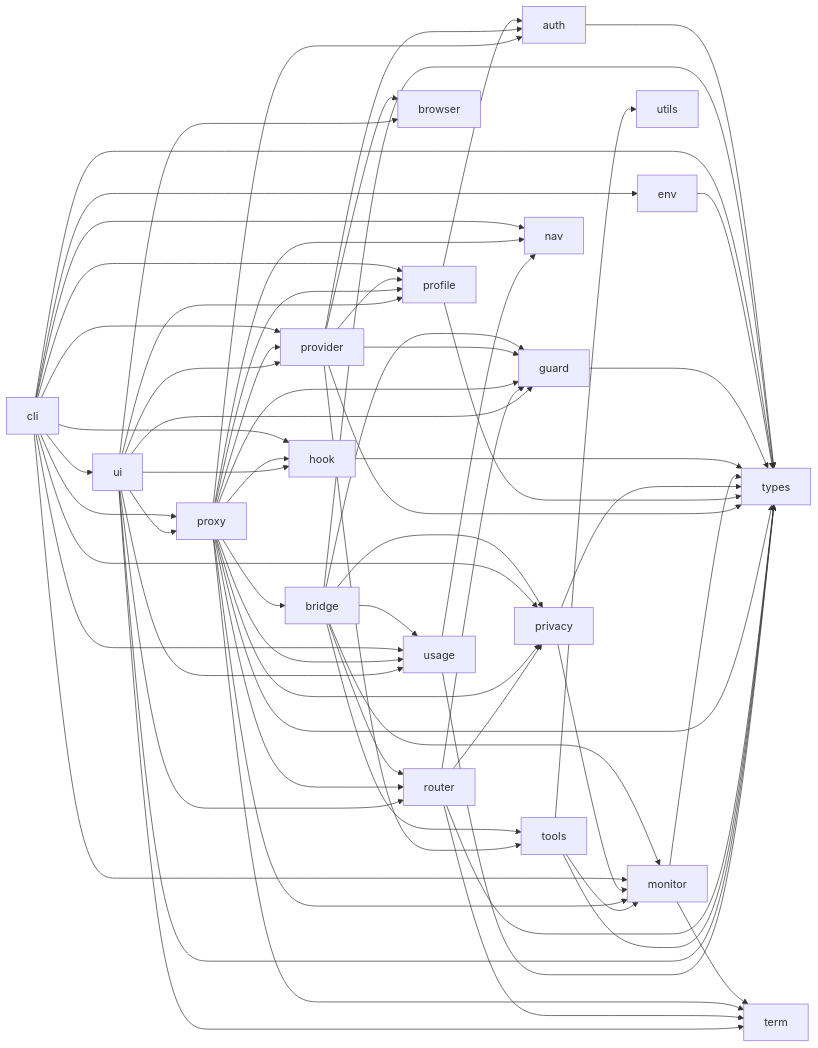
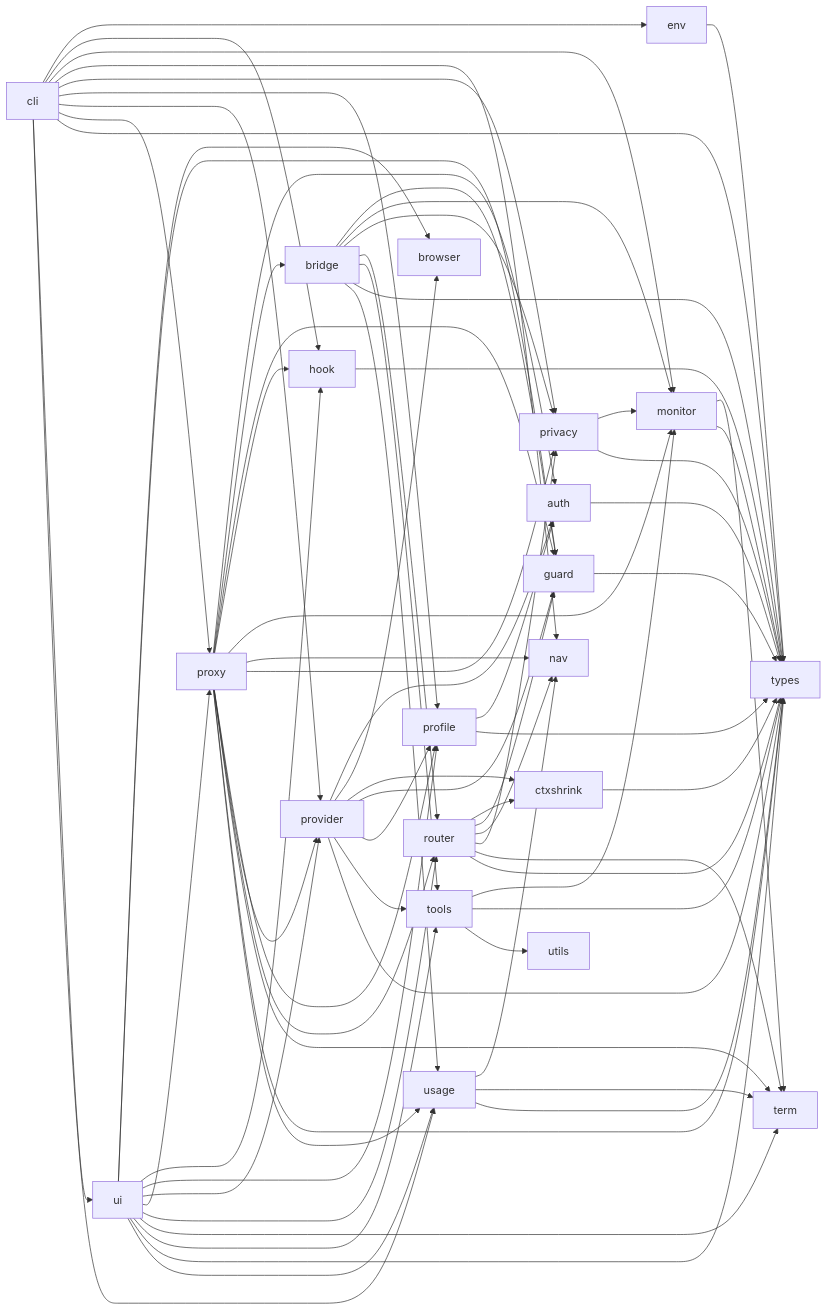
One commit to ninhlee99/amux changed the diagram in docs/GRAPH.md. Above: the diagram before and after it, drawn with Mermaid. The commit also changed other lines of this file and 7 other files, not shown here.

````diff
--- a/docs/GRAPH.md
+++ b/docs/GRAPH.md
@@ -46,6 +46,8 @@
   ui["ui"]
   cli --> ui
   cli --> usage
+  ctxshrink["ctxshrink"]
+  ctxshrink --> types
   env --> types
   guard --> types
   hook --> types
@@ -59,6 +61,7 @@
   provider --> auth
   browser["browser"]
   provider --> browser
+  provider --> ctxshrink
   provider --> guard
   provider --> profile
   provider --> tools
@@ -76,7 +79,9 @@
   proxy --> term
   proxy --> types
   proxy --> usage
+  router --> ctxshrink
   router --> guard
+  router --> nav
   router --> privacy
   router --> term
   router --> types
@@ -92,8 +97,10 @@
   ui --> proxy
   ui --> router
   ui --> term
+  ui --> tools
   ui --> types
   ui --> usage
   usage --> nav
+  usage --> term
   usage --> types
 ```
````
